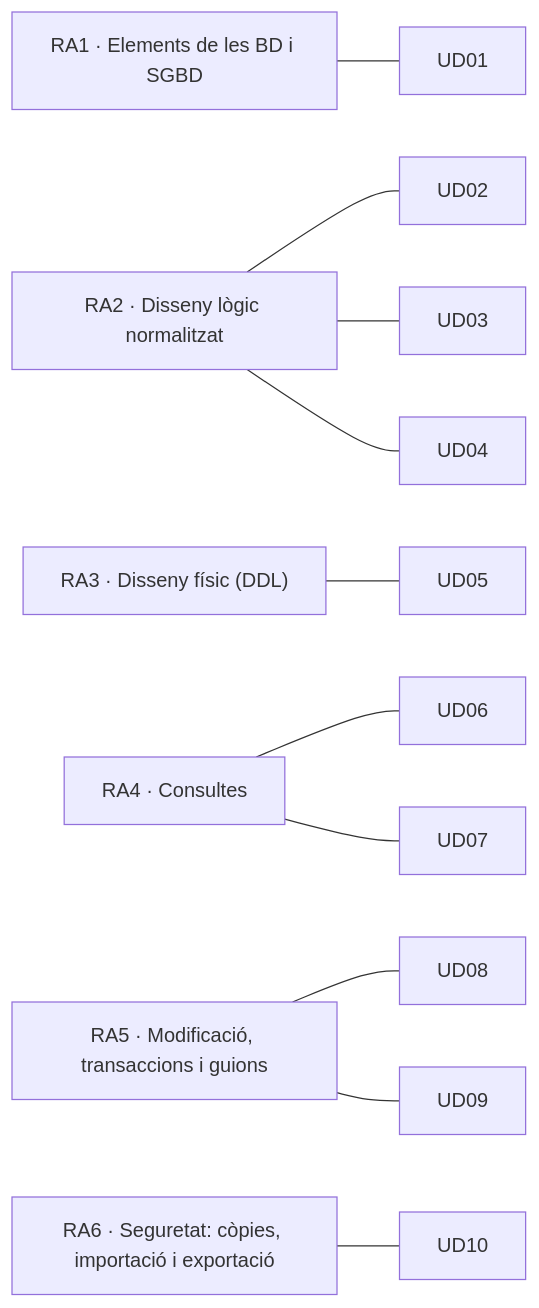
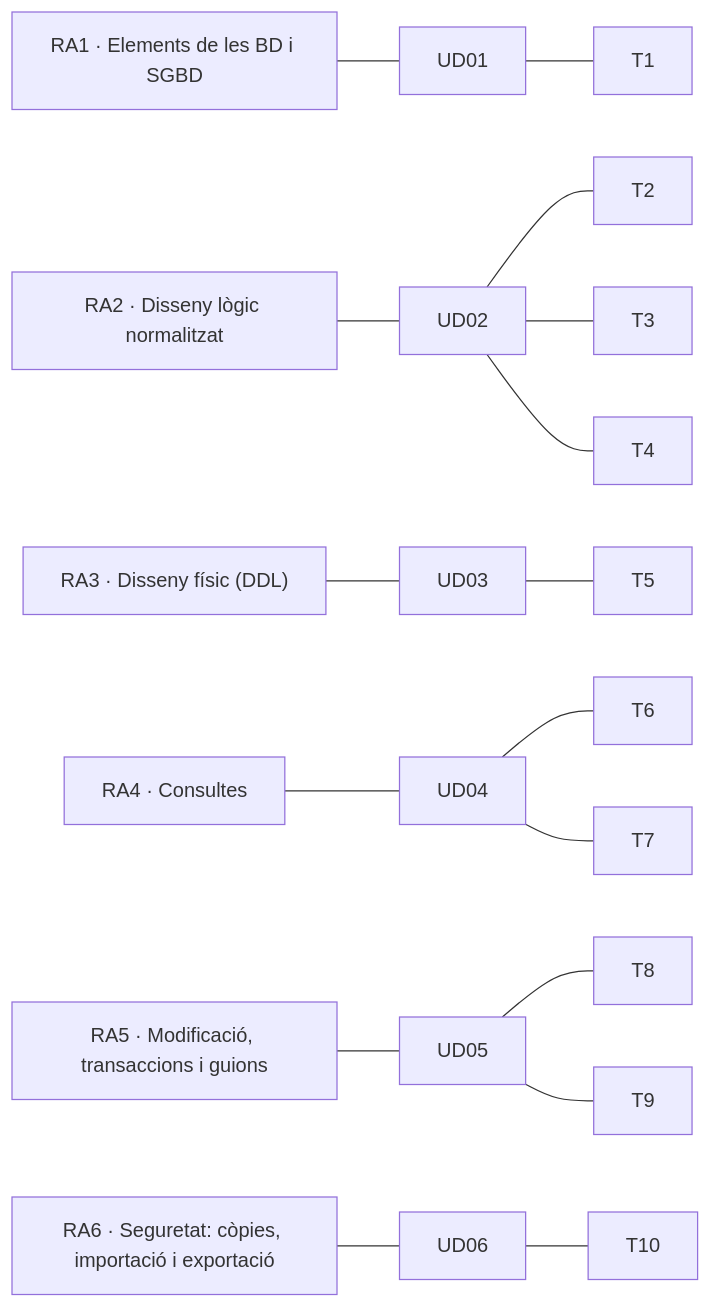
One commit to LorenaLResusta/GBD changed the diagram in content.val/guia/ra-ce.md. Above: the diagram before and after it, drawn with Mermaid. The commit also changed other lines of this file and 132 other files, not shown here.

````diff
--- a/content.val/guia/ra-ce.md
+++ b/content.val/guia/ra-ce.md
@@ -29,9 +29,9 @@
 ```mermaid
 flowchart LR
-    RA1["RA1 · Elements de les BD i SGBD"] --- UD01
-    RA2["RA2 · Disseny lògic normalitzat"] --- UD02 & UD03 & UD04
-    RA3["RA3 · Disseny físic (DDL)"] --- UD05
-    RA4["RA4 · Consultes"] --- UD06 & UD07
-    RA5["RA5 · Modificació, transaccions i guions"] --- UD08 & UD09
-    RA6["RA6 · Seguretat: còpies, importació i exportació"] --- UD10
+    RA1["RA1 · Elements de les BD i SGBD"] --- UD01["UD01"] --- T1
+    RA2["RA2 · Disseny lògic normalitzat"] --- UD02["UD02"] --- T2 & T3 & T4
+    RA3["RA3 · Disseny físic (DDL)"] --- UD03["UD03"] --- T5
+    RA4["RA4 · Consultes"] --- UD04["UD04"] --- T6 & T7
+    RA5["RA5 · Modificació, transaccions i guions"] --- UD05["UD05"] --- T8 & T9
+    RA6["RA6 · Seguretat: còpies, importació i exportació"] --- UD06["UD06"] --- T10
 ```
````
